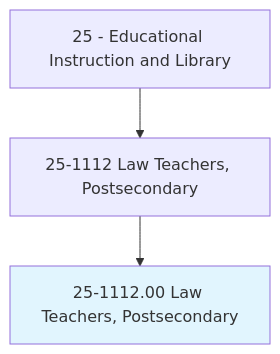
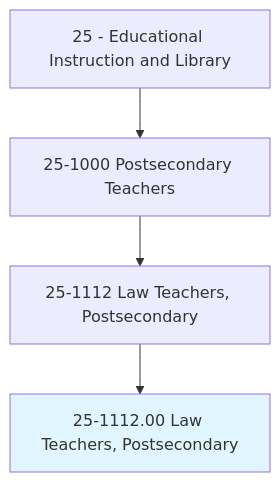
Before and after one commit to kziemski/business.org.ai: the first of 4 diagrams in occupations/Education/LawTeachersPostsecondary.mdx, drawn with Mermaid. The commit also changed other lines of this file and 938 other files, not shown here.

````diff
--- a/occupations/Education/LawTeachersPostsecondary.mdx
+++ b/occupations/Education/LawTeachersPostsecondary.mdx
@@ -19,6 +23,7 @@
 ```mermaid
 graph TD
-    Cat25["25 - Educational Instruction and Library"] --> Group251112["25-1112 Law Teachers, Postsecondary"]
+    Cat25["25 - Educational Instruction and Library"] --> Group251["25-1000 Postsecondary Teachers"]
+    Group251 --> Group251112["25-1112 Law Teachers, Postsecondary"]
     Group251112 --> Current["25-1112.00 Law Teachers, Postsecondary"]
     style Current fill:#e1f5fe
 ```
````
